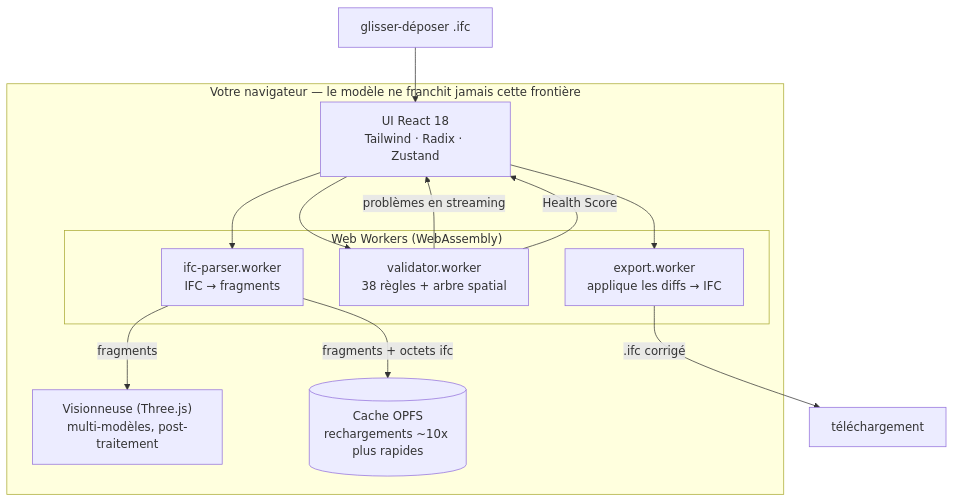
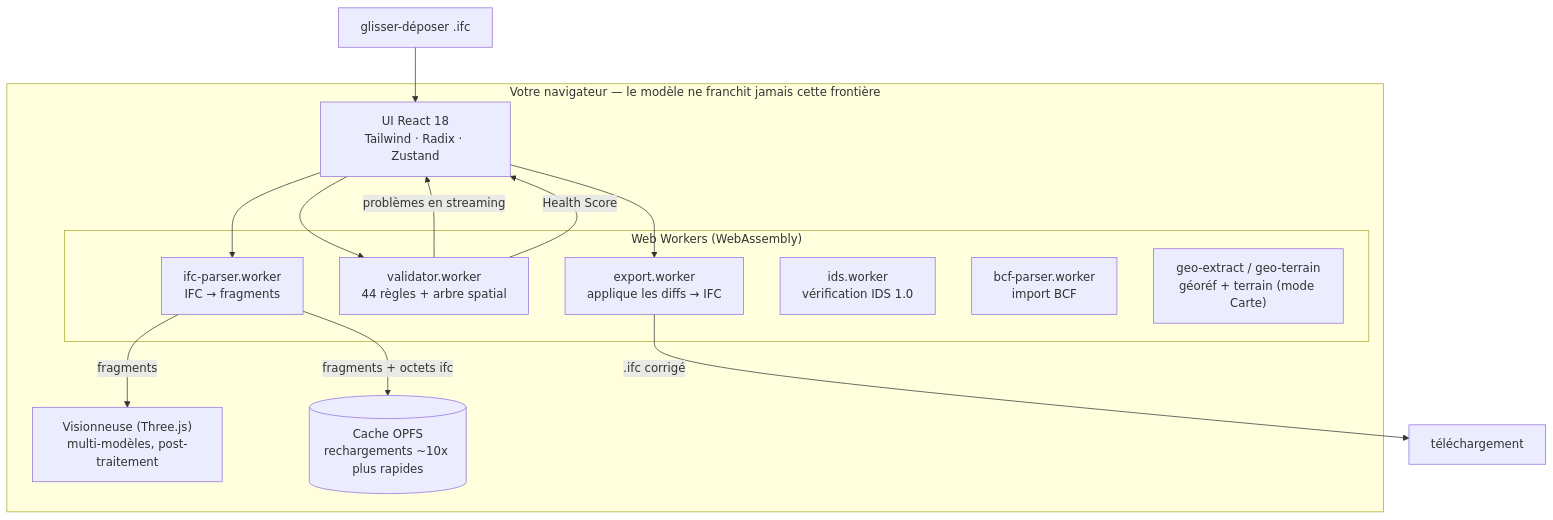
The second of 2 diagrams in README.fr.md (j03rul4nd/ifc-viewer-online), drawn with Mermaid before and after one commit. The commit also changed other lines of this file and 24 other files, not shown here.

````diff
--- a/README.fr.md
+++ b/README.fr.md
@@ -147,24 +149,27 @@
 ```mermaid
 flowchart TD
     subgraph BROWSER["Votre navigateur — le modèle ne franchit jamais cette frontière"]
         UI["UI React 18<br/>Tailwind · Radix · Zustand"]
         VIEWER["Visionneuse (Three.js)<br/>multi-modèles, post-traitement"]
         CACHE[("Cache OPFS<br/>rechargements ~10x plus rapides")]
 
         subgraph WORKERS["Web Workers (WebAssembly)"]
             PARSE["ifc-parser.worker<br/>IFC → fragments"]
-            VALID["validator.worker<br/>38 règles + arbre spatial"]
+            VALID["validator.worker<br/>44 règles + arbre spatial"]
             EXPORT["export.worker<br/>applique les diffs → IFC"]
+            IDS["ids.worker<br/>vérification IDS 1.0"]
+            BCF["bcf-parser.worker<br/>import BCF"]
+            GEO["geo-extract / geo-terrain<br/>géoréf + terrain (mode Carte)"]
         end
     end
 
     FILE["glisser-déposer .ifc"] --> UI
     UI --> PARSE
     PARSE -->|fragments| VIEWER
     PARSE -->|fragments + octets ifc| CACHE
     UI --> VALID
     VALID -->|problèmes en streaming| UI
     VALID -->|Health Score| UI
     UI --> EXPORT
     EXPORT -->|.ifc corrigé| DL["téléchargement"]
 ```
````
